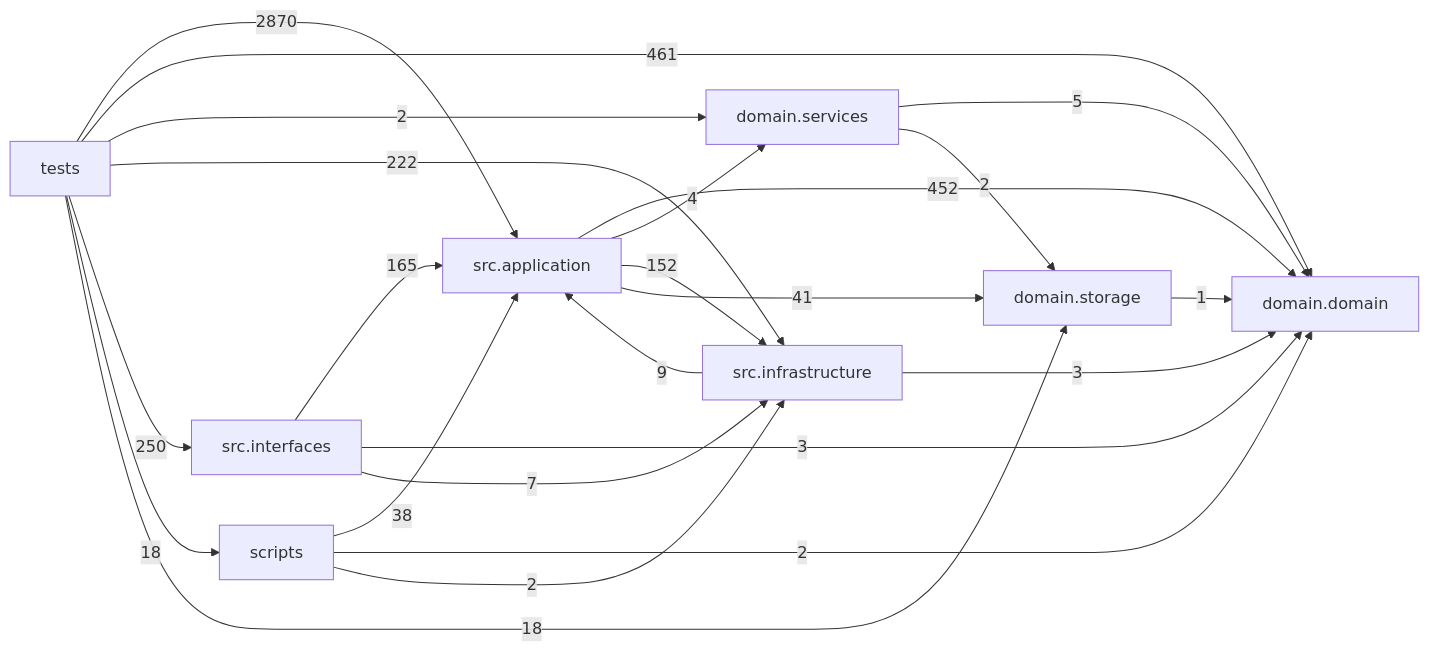
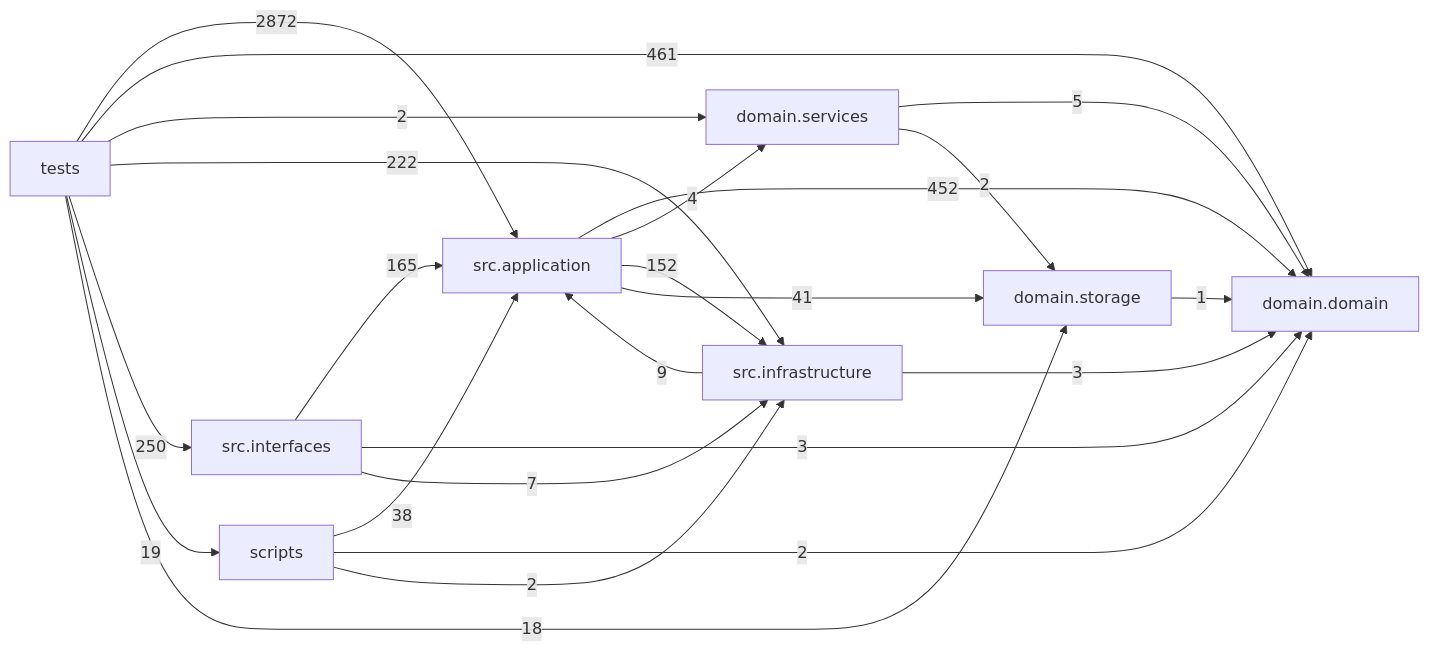
The diagram in docs/DEPENDENCY_GRAPH.md (liuxie066/options-monitor), drawn with Mermaid before and after one commit. The commit also changed other lines of this file and 20 other files, not shown here.

````diff
--- a/docs/DEPENDENCY_GRAPH.md
+++ b/docs/DEPENDENCY_GRAPH.md
@@ -24,33 +24,33 @@
 ```mermaid
 flowchart LR
   tests["tests"]
   scripts["scripts"]
   interfaces["src.interfaces"]
   application["src.application"]
   infrastructure["src.infrastructure"]
   domain_services["domain.services"]
   domain["domain.domain"]
   storage["domain.storage"]
   application -->|452| domain
   application -->|4| domain_services
   application -->|152| infrastructure
   application -->|41| storage
   domain_services -->|5| domain
   domain_services -->|2| storage
   infrastructure -->|9| application
   infrastructure -->|3| domain
   interfaces -->|165| application
   interfaces -->|3| domain
   interfaces -->|7| infrastructure
   scripts -->|38| application
   scripts -->|2| domain
   scripts -->|2| infrastructure
   storage -->|1| domain
-  tests -->|2870| application
+  tests -->|2872| application
   tests -->|461| domain
   tests -->|2| domain_services
   tests -->|222| infrastructure
   tests -->|250| interfaces
-  tests -->|18| scripts
+  tests -->|19| scripts
   tests -->|18| storage
 ```
````
